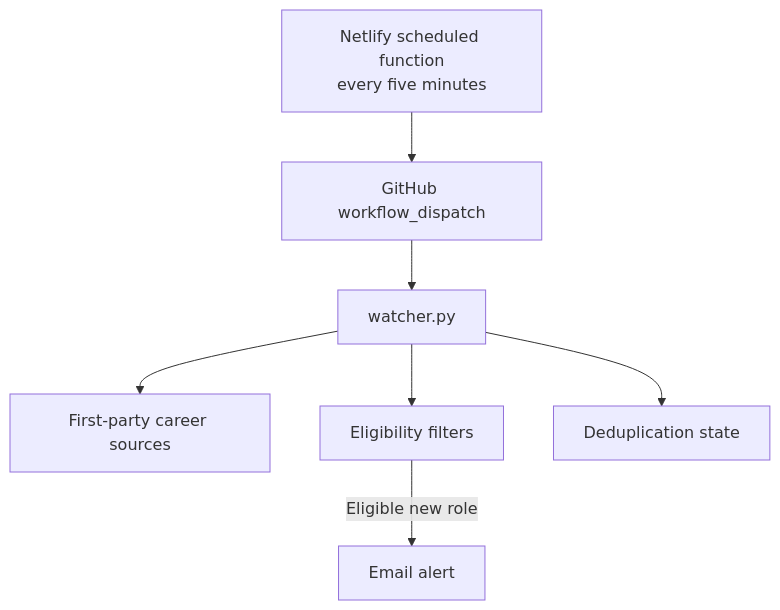
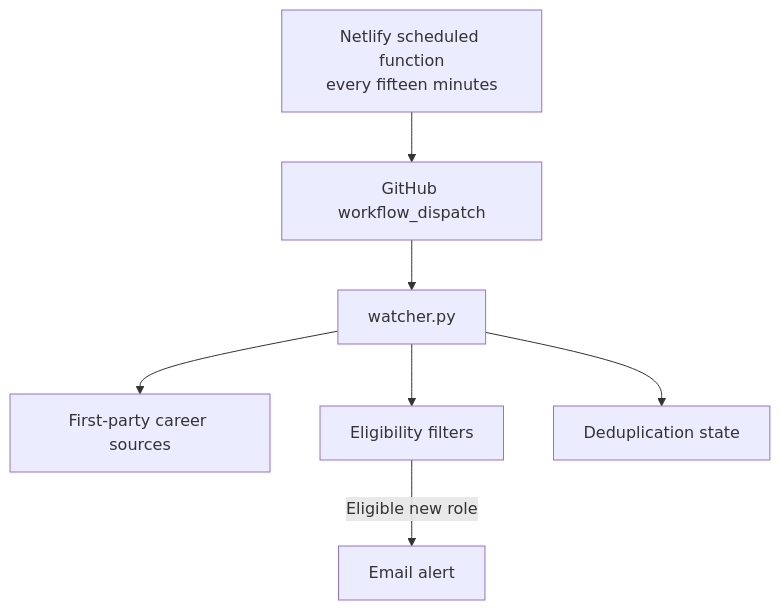
Before and after one commit to arunimshukla/ai-security-job-alert-agent: the diagram in README.md, drawn with Mermaid. The commit also changed other lines of this file and 3 other files, not shown here.

Commit message:
chore: run job watcher every fifteen minutes

````diff
--- a/README.md
+++ b/README.md
@@ -52,9 +52,9 @@
 ```mermaid
 flowchart TD
-    A["Netlify scheduled function<br/>every five minutes"] --> B["GitHub workflow_dispatch"]
+    A["Netlify scheduled function<br/>every fifteen minutes"] --> B["GitHub workflow_dispatch"]
     B --> C["watcher.py"]
     C --> D["First-party career sources"]
     C --> E["Eligibility filters"]
     E -->|"Eligible new role"| F["Email alert"]
     C --> G["Deduplication state"]
 ```
````
